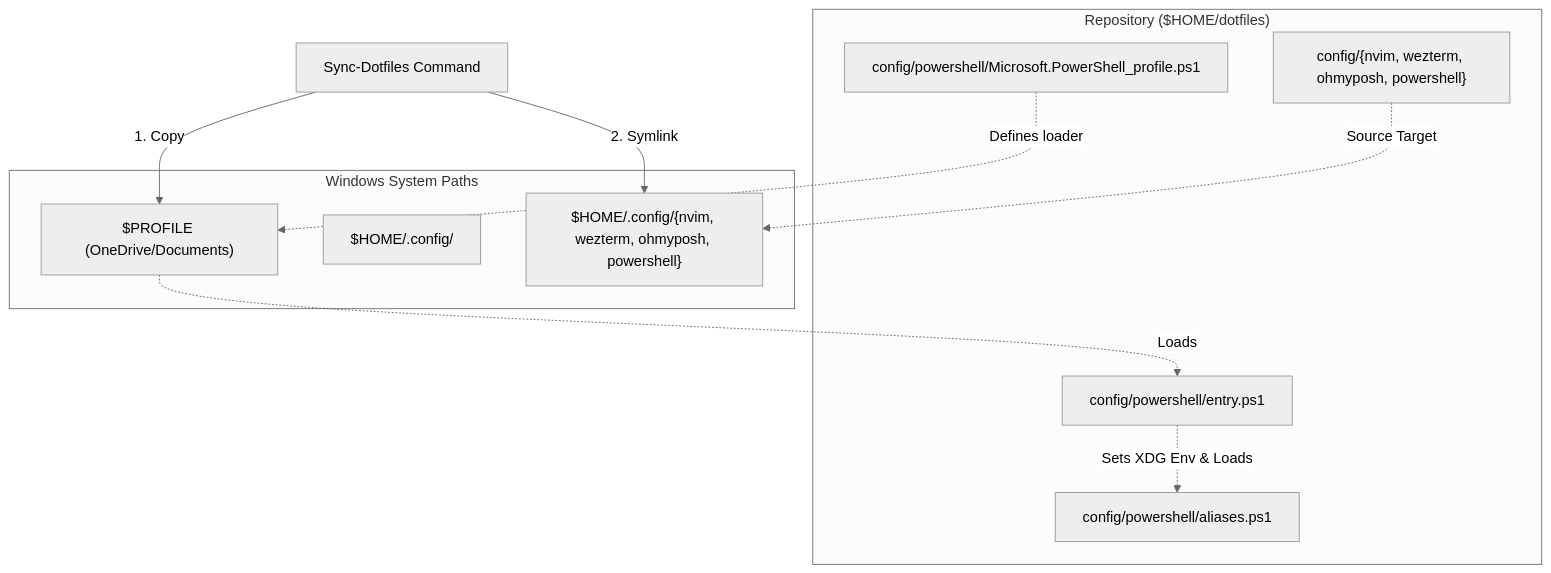
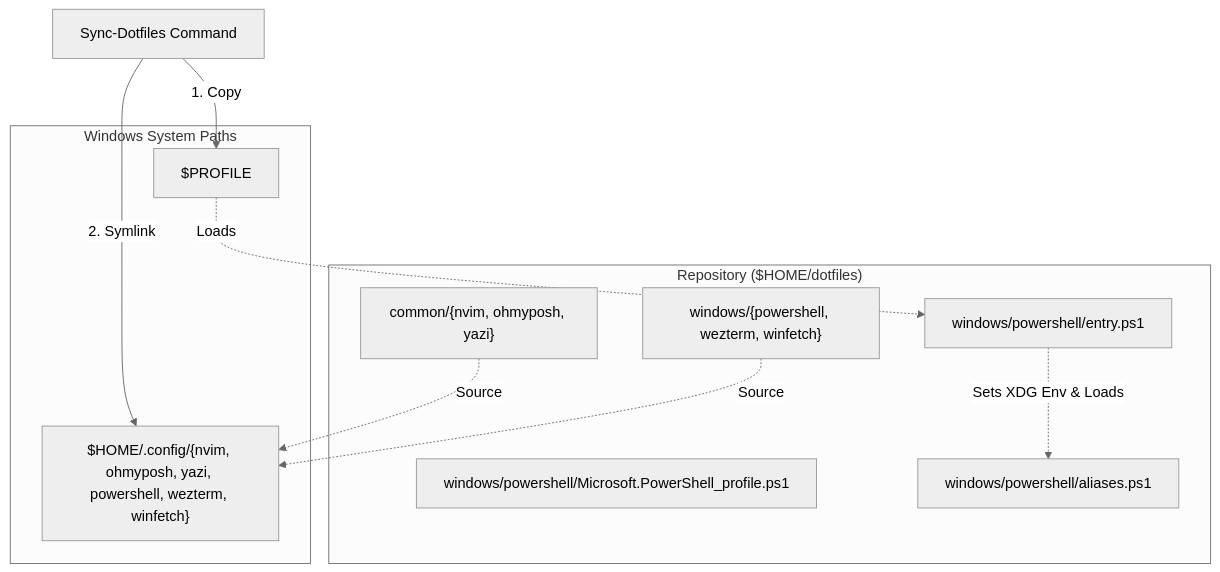
The second of 2 diagrams in README.md (angelurano/dotfiles), drawn with Mermaid (neutral theme) before and after one commit. The commit also changed other lines of this file and 3 other files, not shown here.

````diff
--- a/README.md
+++ b/README.md
@@ -145,22 +156,22 @@
 ```mermaid
 graph TD
     subgraph Repo ["Repository ($HOME/dotfiles)"]
-        Profile["config/powershell/Microsoft.PowerShell_profile.ps1"]
-        Entry["config/powershell/entry.ps1"]
-        Aliases["config/powershell/aliases.ps1"]
-        ConfDirs["config/{nvim, wezterm, ohmyposh, powershell}"]
+        Profile["windows/powershell/Microsoft.PowerShell_profile.ps1"]
+        Entry["windows/powershell/entry.ps1"]
+        Aliases["windows/powershell/aliases.ps1"]
+        CommonDirs["common/{nvim, ohmyposh, yazi}"]
+        WinDirs["windows/{powershell, wezterm, winfetch}"]
     end
 
     subgraph Windows ["Windows System Paths"]
-        RealProfile["$PROFILE (OneDrive/Documents)"]
-        XDGConfig["$HOME/.config/"]
-        XDGDirs["$HOME/.config/{nvim, wezterm, ohmyposh, powershell}"]
+        RealProfile["$PROFILE"]
+        XDGDirs["$HOME/.config/{nvim, ohmyposh, yazi, powershell, wezterm, winfetch}"]
     end
 
     Sync["Sync-Dotfiles Command"] -->|1. Copy| RealProfile
     Sync -->|2. Symlink| XDGDirs
-    Profile -.->|Defines loader| RealProfile
     RealProfile -.->|Loads| Entry
     Entry -.->|Sets XDG Env & Loads| Aliases
-    ConfDirs -.->|Source Target| XDGDirs
+    CommonDirs -.->|Source| XDGDirs
+    WinDirs -.->|Source| XDGDirs
 ```
````
